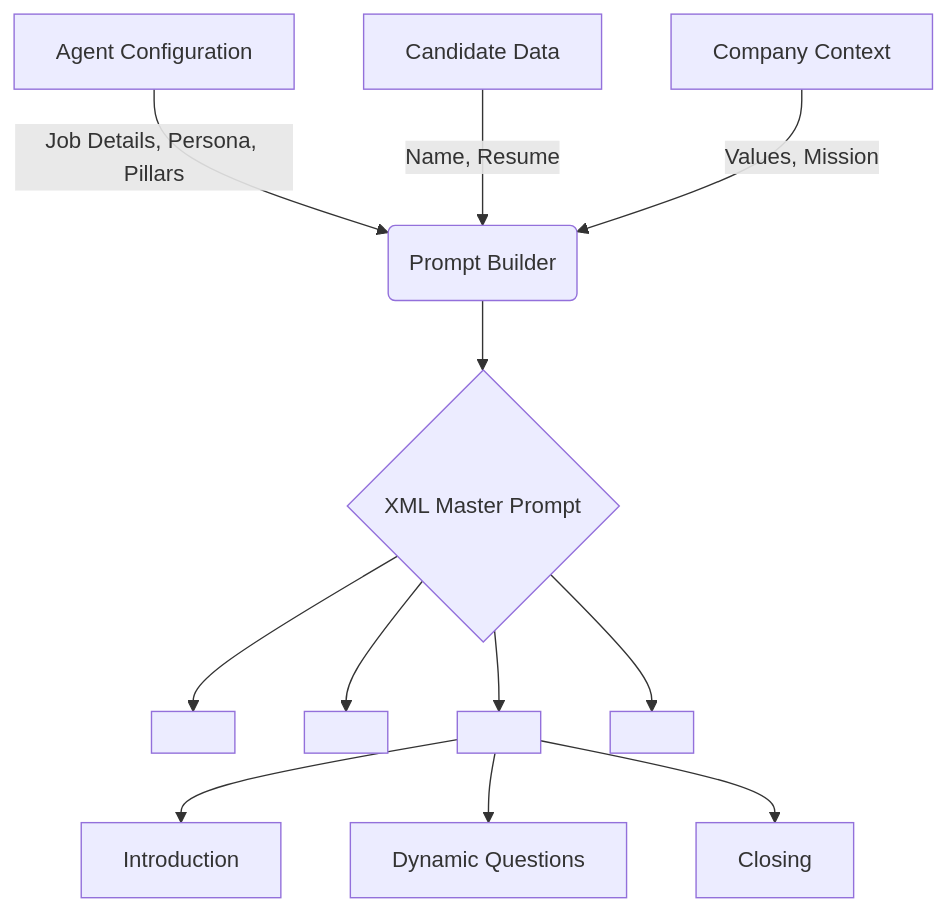
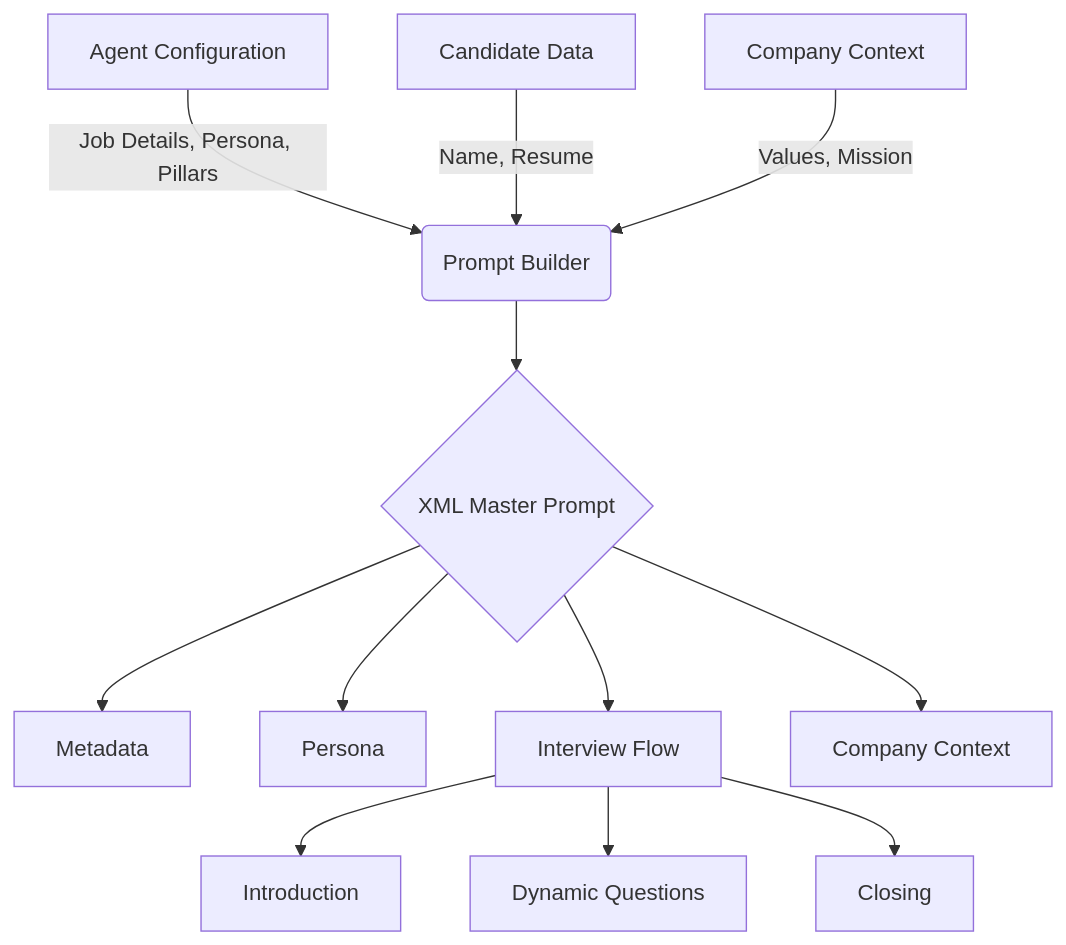
Before and after one commit to programmerraja/HiringAI: the first of 2 diagrams in README.md, drawn with Mermaid.

````diff
--- a/README.md
+++ b/README.md
@@ -37,17 +37,17 @@
 ```mermaid
 graph TD
     A[Agent Configuration] -->|Job Details, Persona, Pillars| B(Prompt Builder)
     C[Candidate Data] -->|Name, Resume| B
     D[Company Context] -->|Values, Mission| B
     
     B --> E{XML Master Prompt}
     
-    E --> F[<metadata>]
-    E --> G[<Persona>]
-    E --> H[<interview_flow>]
-    E --> I[<company_context>]
+    E --> F["Metadata"]
+    E --> G["Persona"]
+    E --> H["Interview Flow"]
+    E --> I["Company Context"]
     
     H --> J[Introduction]
     H --> K[Dynamic Questions]
     H --> L[Closing]
 ```
````
